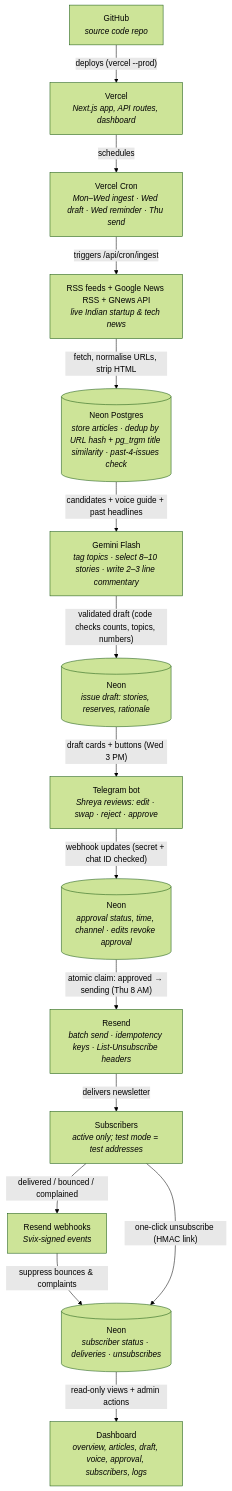
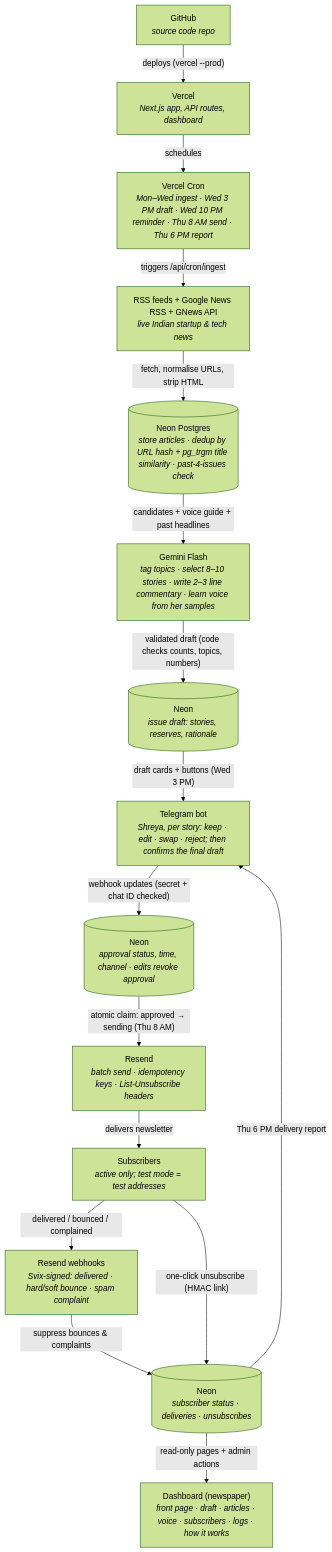
Before and after one commit to helenamaria-byte/shreya: the diagram in docs/components-map.mmd, drawn with Mermaid (forest theme). The commit also changed 74 other files, not shown here.

Commit message:
Brief gaps + newspaper redesign: per-story approval, 10 PM reminder, soft bounces, delivery report, learn my voice, CSV import, time saved; folding newspaper UI with Gemini topic art

```diff
--- a/docs/components-map.mmd
+++ b/docs/components-map.mmd
@@ -1,15 +1,16 @@
 flowchart TB
   GH["GitHub<br/><i>source code repo</i>"] -- "deploys (vercel --prod)" --> V["Vercel<br/><i>Next.js app, API routes, dashboard</i>"]
-  V -- "schedules" --> CRON["Vercel Cron<br/><i>Mon–Wed ingest · Wed draft · Wed reminder · Thu send</i>"]
+  V -- "schedules" --> CRON["Vercel Cron<br/><i>Mon–Wed ingest · Wed 3 PM draft · Wed 10 PM reminder · Thu 8 AM send · Thu 6 PM report</i>"]
   CRON -- "triggers /api/cron/ingest" --> SRC["RSS feeds + Google News RSS + GNews API<br/><i>live Indian startup & tech news</i>"]
   SRC -- "fetch, normalise URLs, strip HTML" --> NEON1[("Neon Postgres<br/><i>store articles · dedup by URL hash + pg_trgm title similarity · past-4-issues check</i>")]
-  NEON1 -- "candidates + voice guide + past headlines" --> GEM["Gemini Flash<br/><i>tag topics · select 8–10 stories · write 2–3 line commentary</i>"]
+  NEON1 -- "candidates + voice guide + past headlines" --> GEM["Gemini Flash<br/><i>tag topics · select 8–10 stories · write 2–3 line commentary · learn voice from her samples</i>"]
   GEM -- "validated draft (code checks counts, topics, numbers)" --> NEON2[("Neon<br/><i>issue draft: stories, reserves, rationale</i>")]
-  NEON2 -- "draft cards + buttons (Wed 3 PM)" --> TG["Telegram bot<br/><i>Shreya reviews: edit · swap · reject · approve</i>"]
+  NEON2 -- "draft cards + buttons (Wed 3 PM)" --> TG["Telegram bot<br/><i>Shreya, per story: keep · edit · swap · reject; then confirms the final draft</i>"]
   TG -- "webhook updates (secret + chat ID checked)" --> NEON3[("Neon<br/><i>approval status, time, channel · edits revoke approval</i>")]
   NEON3 -- "atomic claim: approved → sending (Thu 8 AM)" --> RS["Resend<br/><i>batch send · idempotency keys · List-Unsubscribe headers</i>"]
   RS -- "delivers newsletter" --> SUB["Subscribers<br/><i>active only; test mode = test addresses</i>"]
-  SUB -- "delivered / bounced / complained" --> RWH["Resend webhooks<br/><i>Svix-signed events</i>"]
+  SUB -- "delivered / bounced / complained" --> RWH["Resend webhooks<br/><i>Svix-signed: delivered · hard/soft bounce · spam complaint</i>"]
   RWH -- "suppress bounces & complaints" --> NEON4[("Neon<br/><i>subscriber status · deliveries · unsubscribes</i>")]
   SUB -- "one-click unsubscribe (HMAC link)" --> NEON4
-  NEON4 -- "read-only views + admin actions" --> DASH["Dashboard<br/><i>overview, articles, draft, voice, approval, subscribers, logs</i>"]
+  NEON4 -- "Thu 6 PM delivery report" --> TG
+  NEON4 -- "read-only pages + admin actions" --> DASH["Dashboard (newspaper)<br/><i>front page · draft · articles · voice · subscribers · logs · how it works</i>"]
```
